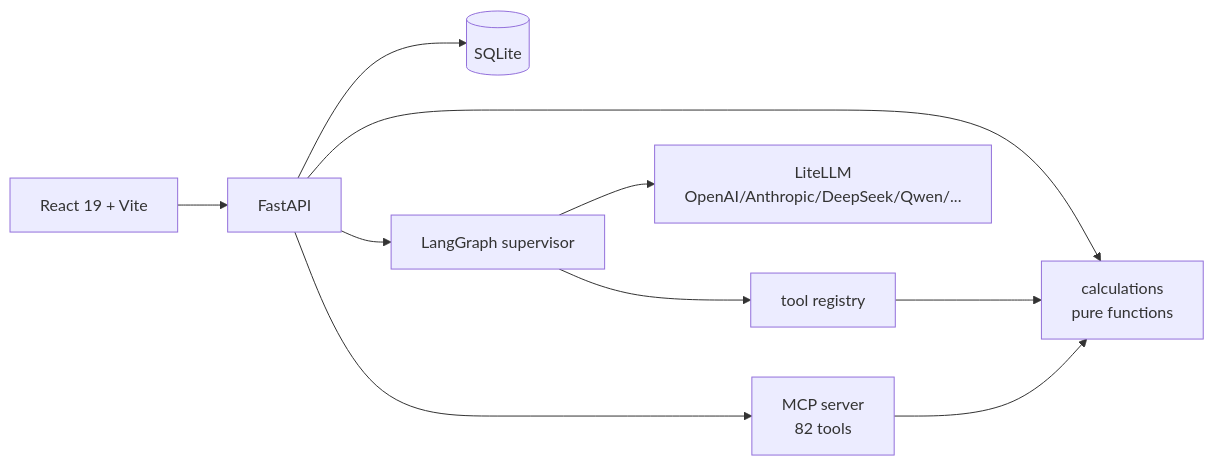
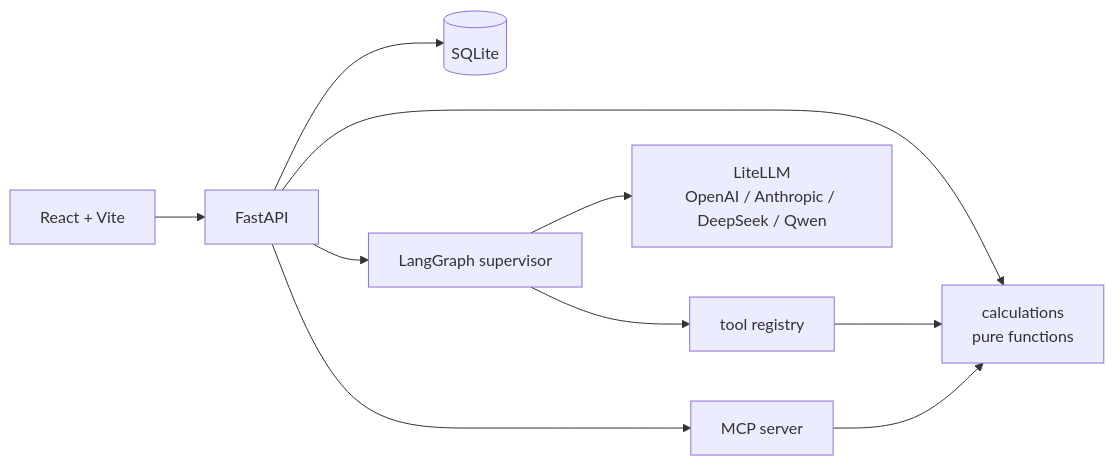
One commit to badhope/moneyhelper changed the diagram in README.md. Above: the diagram before and after it, drawn with Mermaid. The commit also changed other lines of this file and 3 other files, not shown here.

````diff
--- a/README.md
+++ b/README.md
@@ -125,12 +103,12 @@
 ```mermaid
 flowchart LR
-  UI[React 19 + Vite] --> API[FastAPI]
+  UI[React + Vite] --> API[FastAPI]
   API --> CALC[calculations<br/>pure functions]
   API --> DB[(SQLite)]
   API --> AGENT[LangGraph supervisor]
   AGENT --> TOOLS[tool registry]
   TOOLS --> CALC
-  AGENT --> LLM[LiteLLM<br/>OpenAI/Anthropic/DeepSeek/Qwen/...]
-  API --> MCP[MCP server<br/>82 tools]
+  AGENT --> LLM[LiteLLM<br/>OpenAI / Anthropic / DeepSeek / Qwen]
+  API --> MCP[MCP server]
   MCP --> CALC
 ```
````
